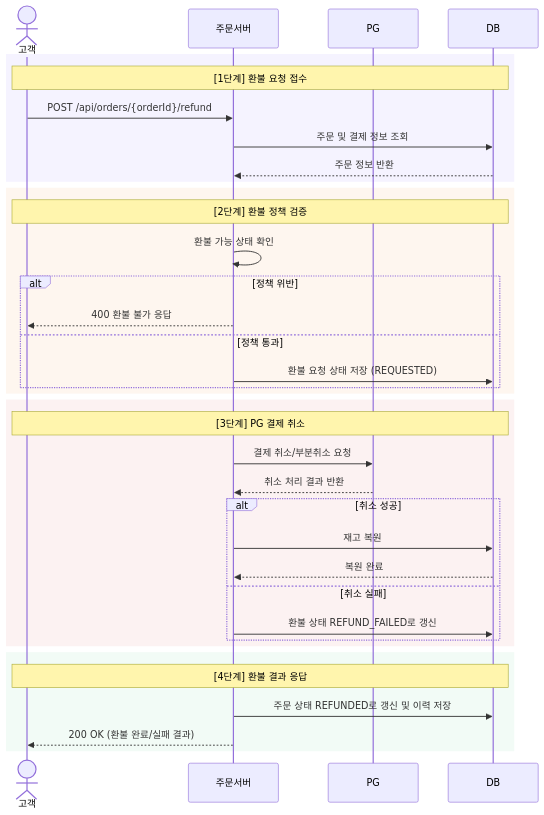
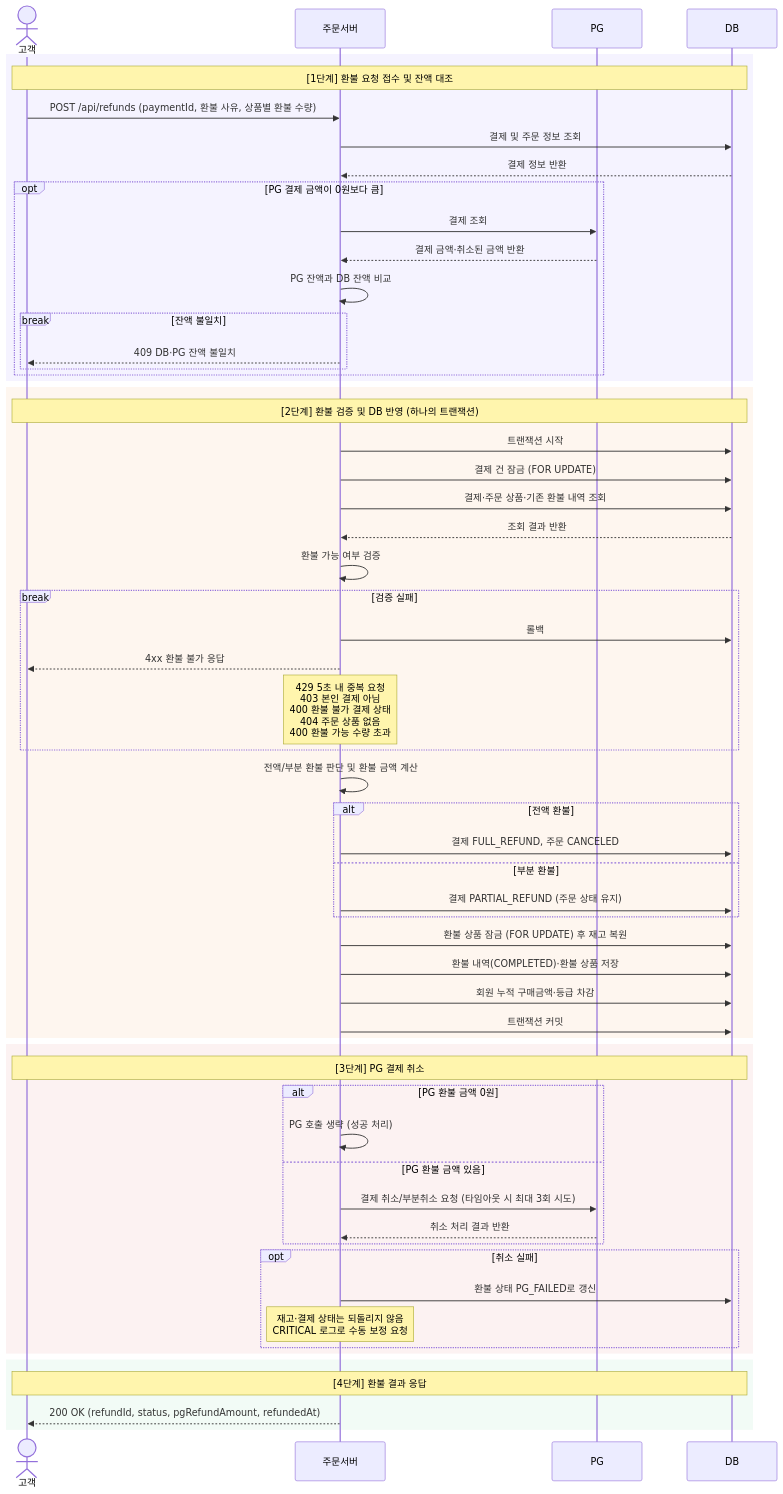
One commit to team-4-ladder/Murder-Help changed the sixth of 10 diagrams in README.md. Above: the diagram before and after it, drawn with Mermaid. The commit also changed other lines of this file, not shown here.

Commit message:
docs: 주문 및 환불 플로우 다이어그램 수정 (#108)

````diff
--- a/README.md
+++ b/README.md
@@ -576,43 +584,65 @@
 ```mermaid
 sequenceDiagram
     actor 고객
     participant 주문서버
     participant PG
     participant DB
 
     rect rgba(126,109,255,0.08)
-    Note over 고객,DB: [1단계] 환불 요청 접수
-    고객->>주문서버: POST /api/orders/{orderId}/refund
-    주문서버->>DB: 주문 및 결제 정보 조회
-    DB-->>주문서버: 주문 정보 반환
+        Note over 고객,DB: [1단계] 환불 요청 접수 및 잔액 대조
+        고객->>주문서버: POST /api/refunds (paymentId, 환불 사유, 상품별 환불 수량)
+        주문서버->>DB: 결제 및 주문 정보 조회
+        DB-->>주문서버: 결제 정보 반환
+        opt PG 결제 금액이 0원보다 큼
+            주문서버->>PG: 결제 조회
+            PG-->>주문서버: 결제 금액·취소된 금액 반환
+            주문서버->>주문서버: PG 잔액과 DB 잔액 비교
+            break 잔액 불일치
+                주문서버-->>고객: 409 DB·PG 잔액 불일치
+            end
+        end
     end
-    
+
     rect rgba(240,140,60,0.08)
-    Note over 고객,DB: [2단계] 환불 정책 검증
-    주문서버->>주문서버: 환불 가능 상태 확인
-    alt 정책 위반
-            주문서버-->>고객: 400 환불 불가 응답
-    else 정책 통과
-        주문서버->>DB: 환불 요청 상태 저장 (REQUESTED)
-    end
+        Note over 고객,DB: [2단계] 환불 검증 및 DB 반영 (하나의 트랜잭션)
+        주문서버->>DB: 트랜잭션 시작
+        주문서버->>DB: 결제 건 잠금 (FOR UPDATE)
+        주문서버->>DB: 결제·주문 상품·기존 환불 내역 조회
+        DB-->>주문서버: 조회 결과 반환
+        주문서버->>주문서버: 환불 가능 여부 검증
+        break 검증 실패
+            주문서버->>DB: 롤백
+            주문서버-->>고객: 4xx 환불 불가 응답
+            Note over 주문서버: 429 5초 내 중복 요청<br/>403 본인 결제 아님<br/>400 환불 불가 결제 상태<br/>404 주문 상품 없음<br/>400 환불 가능 수량 초과
+        end
+        주문서버->>주문서버: 전액/부분 환불 판단 및 환불 금액 계산
+        alt 전액 환불
+            주문서버->>DB: 결제 FULL_REFUND, 주문 CANCELED
+        else 부분 환불
+            주문서버->>DB: 결제 PARTIAL_REFUND (주문 상태 유지)
+        end
+        주문서버->>DB: 환불 상품 잠금 (FOR UPDATE) 후 재고 복원
+        주문서버->>DB: 환불 내역(COMPLETED)·환불 상품 저장
+        주문서버->>DB: 회원 누적 구매금액·등급 차감
+        주문서버->>DB: 트랜잭션 커밋
     end
 
     rect rgba(217,90,90,0.08)
-    Note over 고객,DB: [3단계] PG 결제 취소
-    주문서버->>PG: 결제 취소/부분취소 요청
-    PG-->>주문서버: 취소 처리 결과 반환
-    alt 취소 성공
-        주문서버->>DB: 재고 복원
-        DB-->>주문서버: 복원 완료
-    else 취소 실패
-        주문서버->>DB: 환불 상태 REFUND_FAILED로 갱신
-    end
+        Note over 고객,DB: [3단계] PG 결제 취소
+        alt PG 환불 금액 0원
+            주문서버->>주문서버: PG 호출 생략 (성공 처리)
+        else PG 환불 금액 있음
+            주문서버->>PG: 결제 취소/부분취소 요청 (타임아웃 시 최대 3회 시도)
+            PG-->>주문서버: 취소 처리 결과 반환
+        end
+        opt 취소 실패
+            주문서버->>DB: 환불 상태 PG_FAILED로 갱신
+            Note over 주문서버: 재고·결제 상태는 되돌리지 않음<br/>CRITICAL 로그로 수동 보정 요청
+        end
     end
 
     rect rgba(90,200,140,0.08)
-    Note over 고객,DB: [4단계] 환불 결과 응답
-    주문서버->>DB: 주문 상태 REFUNDED로 갱신 및 이력 저장
-    주문서버-->>고객: 200 OK (환불 완료/실패 결과)
+        Note over 고객,DB: [4단계] 환불 결과 응답
+        주문서버-->>고객: 200 OK (refundId, status, pgRefundAmount, refundedAt)
     end
-
 ```
````
